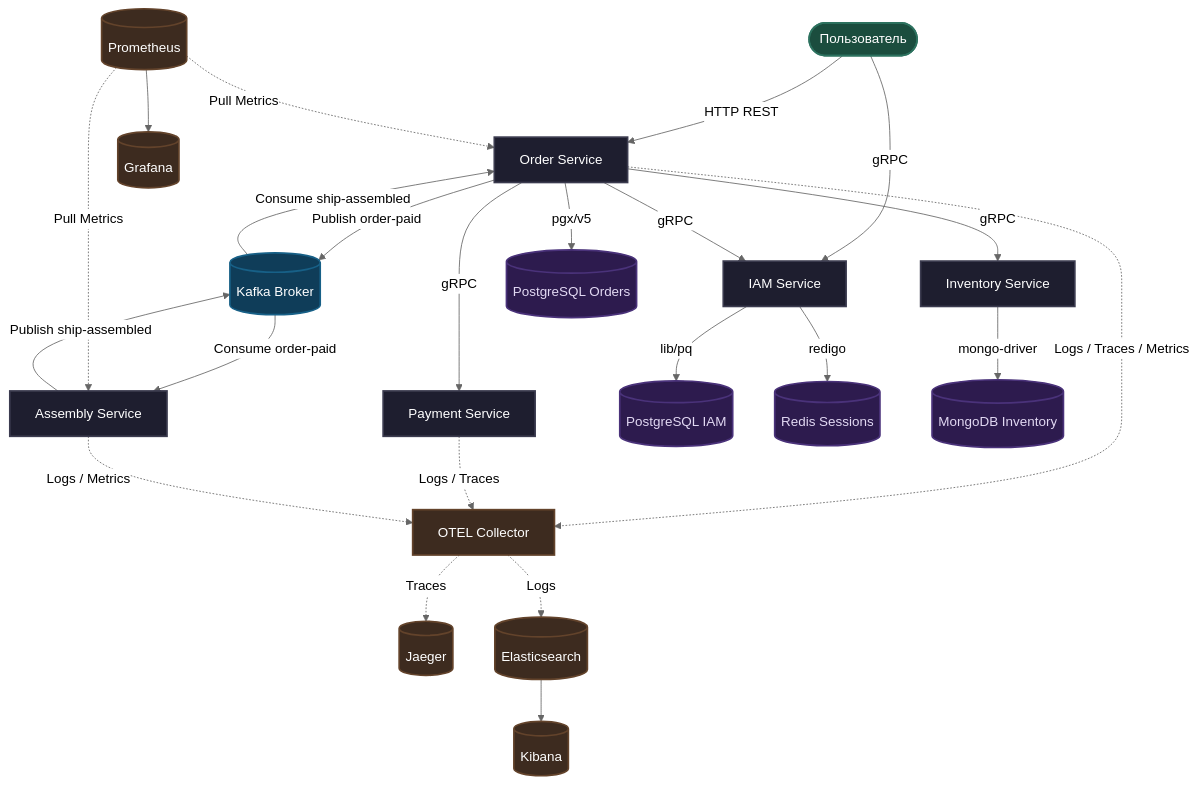
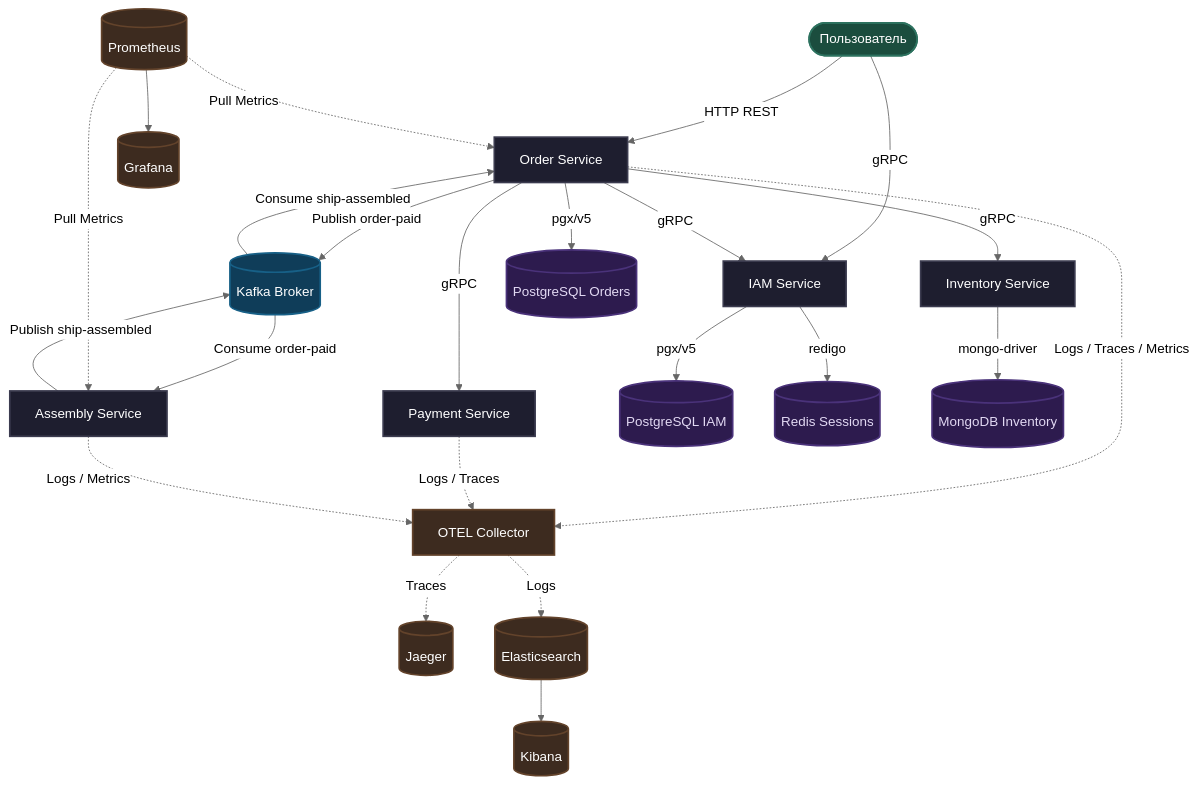
The diagram in README.md (sssfind/spaceship-orders), drawn with Mermaid (neutral theme) before and after one commit.

````diff
--- a/README.md
+++ b/README.md
@@ -16,44 +16,44 @@
 ```mermaid
 graph TD
     User([Пользователь]) -->|HTTP REST| OrderService[Order Service]
     User -->|gRPC| IAMService[IAM Service]
     
     OrderService -->|gRPC| IAMService
     OrderService -->|gRPC| InventoryService[Inventory Service]
     OrderService -->|gRPC| PaymentService[Payment Service]
     
     OrderService -->|Publish order-paid| Kafka[(Kafka Broker)]
     Kafka -->|Consume order-paid| AssemblyService[Assembly Service]
     AssemblyService -->|Publish ship-assembled| Kafka
     Kafka -->|Consume ship-assembled| OrderService
     
     %% Telemetry Pipeline
     OrderService -.->|Logs / Traces / Metrics| OTEL[OTEL Collector]
     PaymentService -.->|Logs / Traces| OTEL
     AssemblyService -.->|Logs / Metrics| OTEL
     
     OTEL -.->|Traces| Jaeger[(Jaeger)]
     OTEL -.->|Logs| ES[(Elasticsearch)] --> Kibana[(Kibana)]
     Prometheus[(Prometheus)] -.->|Pull Metrics| OrderService
     Prometheus -.->|Pull Metrics| AssemblyService
     Prometheus --> Grafana[(Grafana)]
 
     %% Databases
     OrderService -->|pgx/v5| PostgresOrder[(PostgreSQL Orders)]
-    IAMService -->|lib/pq| PostgresIAM[(PostgreSQL IAM)]
+    IAMService -->|pgx/v5| PostgresIAM[(PostgreSQL IAM)]
     IAMService -->|redigo| RedisIAM[(Redis Sessions)]
     InventoryService -->|mongo-driver| MongoInventory[(MongoDB Inventory)]
     
     %% Styling
     classDef service fill:#1e1e2f,stroke:#3b3b4f,stroke-width:2px,color:#fff;
     classDef db fill:#2d1b4e,stroke:#4a327a,stroke-width:2px,color:#e2d9f3;
     classDef broker fill:#0f3d59,stroke:#176087,stroke-width:2px,color:#fff;
     classDef client fill:#1b4d3e,stroke:#2d725f,stroke-width:2px,color:#fff;
     classDef obs fill:#3d2b1f,stroke:#63432b,stroke-width:2px,color:#fff;
     
     class OrderService,InventoryService,IAMService,PaymentService,AssemblyService service;
     class PostgresOrder,PostgresIAM,RedisIAM,MongoInventory db;
     class Kafka broker;
     class User client;
     class OTEL,Jaeger,ES,Kibana,Prometheus,Grafana obs;
 ```
````
